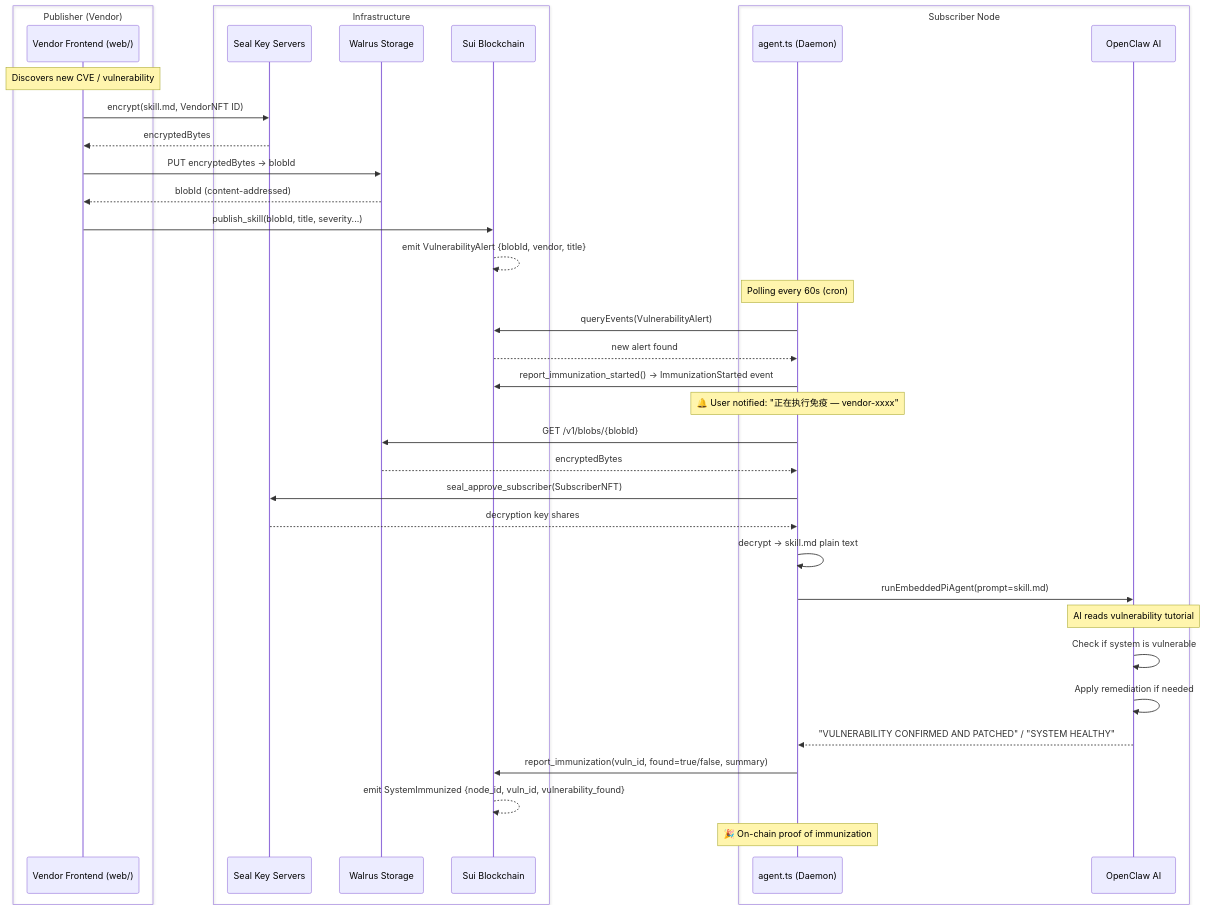
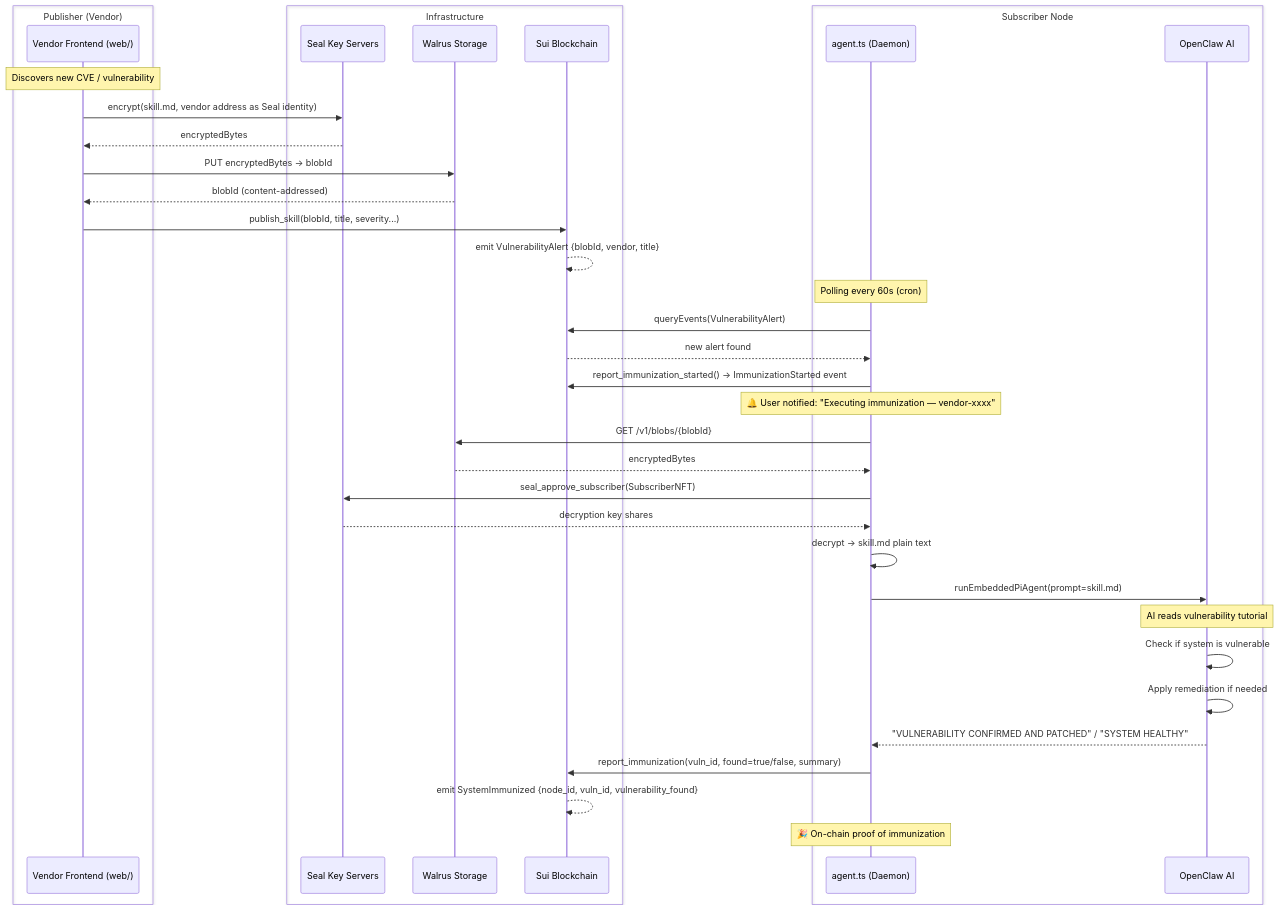
Before and after one commit to DudeGuuud/Sui_Immunizer: the diagram in README.md, drawn with Mermaid. The commit also changed other lines of this file and 3 other files, not shown here.

````diff
--- a/README.md
+++ b/README.md
@@ -23,47 +23,47 @@
 ```mermaid
 sequenceDiagram
     box Publisher (Vendor)
         participant V as Vendor Frontend (web/)
     end
     box Infrastructure
         participant S as Seal Key Servers
         participant W as Walrus Storage
         participant C as Sui Blockchain
     end
     box Subscriber Node
         participant A as agent.ts (Daemon)
         participant O as OpenClaw AI
     end
 
     Note over V: Discovers new CVE / vulnerability
 
-    V->>S: encrypt(skill.md, VendorNFT ID)
+    V->>S: encrypt(skill.md, vendor address as Seal identity)
     S-->>V: encryptedBytes
     V->>W: PUT encryptedBytes → blobId
     W-->>V: blobId (content-addressed)
     V->>C: publish_skill(blobId, title, severity...)
     C-->>C: emit VulnerabilityAlert {blobId, vendor, title}
 
     Note over A: Polling every 60s (cron)
     A->>C: queryEvents(VulnerabilityAlert)
     C-->>A: new alert found
 
     A->>C: report_immunization_started() → ImmunizationStarted event
-    Note over A: 🔔 User notified: "正在执行免疫 — vendor-xxxx"
+    Note over A: 🔔 User notified: "Executing immunization — vendor-xxxx"
 
     A->>W: GET /v1/blobs/{blobId}
     W-->>A: encryptedBytes
     A->>S: seal_approve_subscriber(SubscriberNFT)
     S-->>A: decryption key shares
     A->>A: decrypt → skill.md plain text
 
     A->>O: runEmbeddedPiAgent(prompt=skill.md)
     Note over O: AI reads vulnerability tutorial
     O->>O: Check if system is vulnerable
     O->>O: Apply remediation if needed
     O-->>A: "VULNERABILITY CONFIRMED AND PATCHED" / "SYSTEM HEALTHY"
 
     A->>C: report_immunization(vuln_id, found=true/false, summary)
     C-->>C: emit SystemImmunized {node_id, vuln_id, vulnerability_found}
     Note over A: 🎉 On-chain proof of immunization
 ```
````
